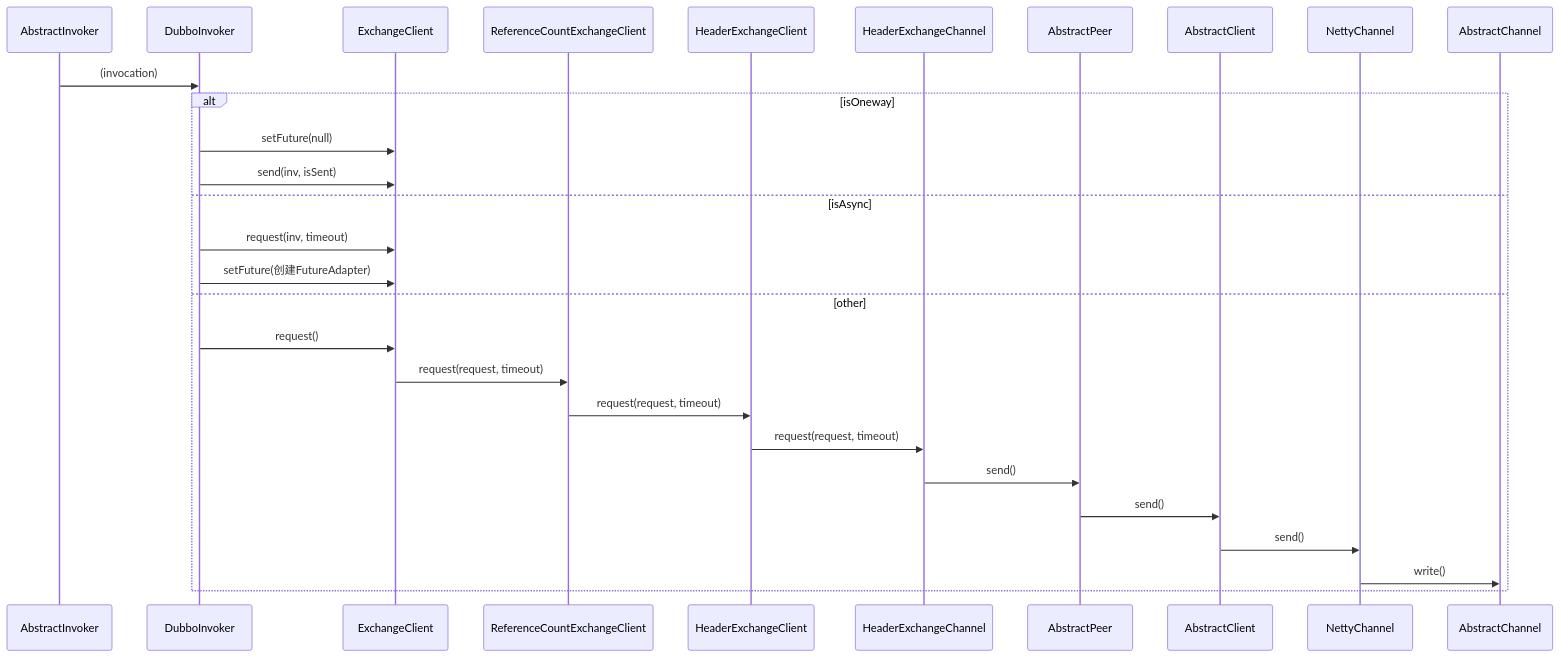
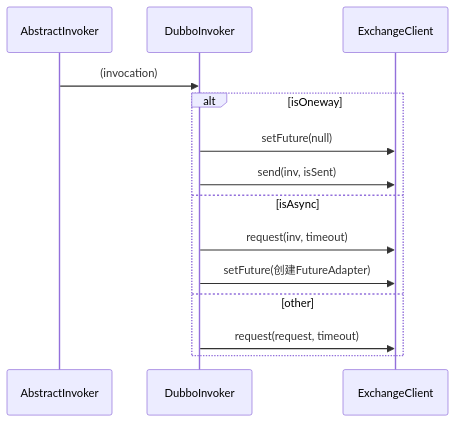
The fourth of 4 diagrams in 30-distributed/src/dubbo/rpc/30-invoke.md (onlyonion/development), drawn with Mermaid before and after one commit. The commit also changed other lines of this file and 42 other files, not shown here.

````diff
--- a/30-distributed/src/dubbo/rpc/30-invoke.md
+++ b/30-distributed/src/dubbo/rpc/30-invoke.md
@@ -124,30 +124,20 @@
 ```mermaid
 sequenceDiagram
     %% dubbo调用者
     AbstractInvoker->>DubboInvoker:(invocation)
     
     %% 调用方式
     alt isOneway
         %% 一次性调用
         DubboInvoker->>ExchangeClient:setFuture(null)
         DubboInvoker->>ExchangeClient:send(inv, isSent)
         
     else isAsync
         %% 异步调用
         DubboInvoker->>ExchangeClient:request(inv, timeout)
         DubboInvoker->>ExchangeClient:setFuture(创建FutureAdapter)
         
     else other
-        %% 交换层
-        DubboInvoker->>ExchangeClient:request()
-        ExchangeClient->>ReferenceCountExchangeClient:request(request, timeout)
-        ReferenceCountExchangeClient->>HeaderExchangeClient:request(request, timeout)
-        HeaderExchangeClient->>HeaderExchangeChannel:request(request, timeout)
-        
-        %% 传输层 tcp协议，端到端的、面向连接与字节流的、可靠的、全双工的传输协议
-        HeaderExchangeChannel->>AbstractPeer:send()
-        AbstractPeer->>AbstractClient:send()
-        AbstractClient->>NettyChannel:send()
-        NettyChannel->>AbstractChannel:write()
+        DubboInvoker->>ExchangeClient:request(request, timeout)
     end
 ```
````
